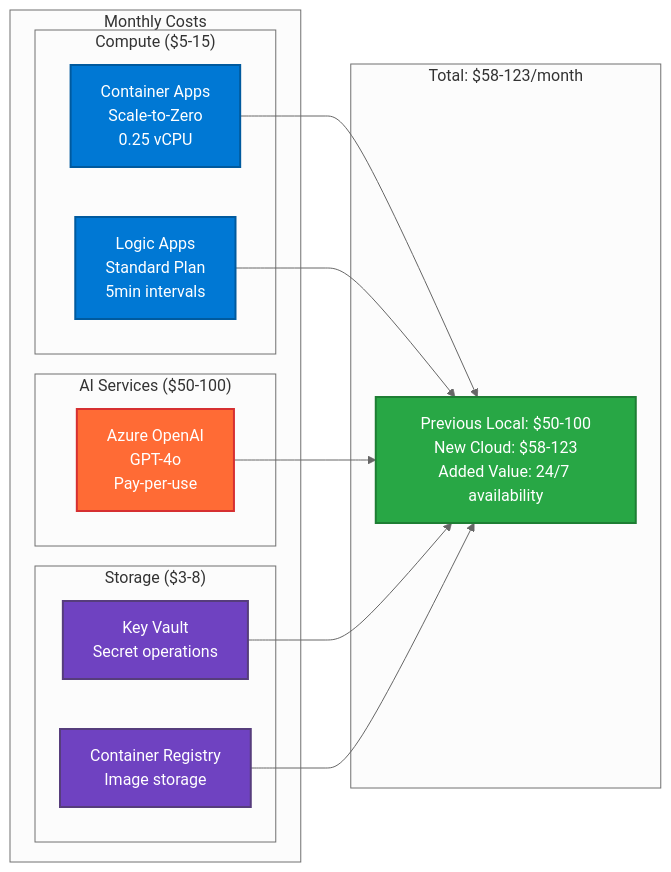
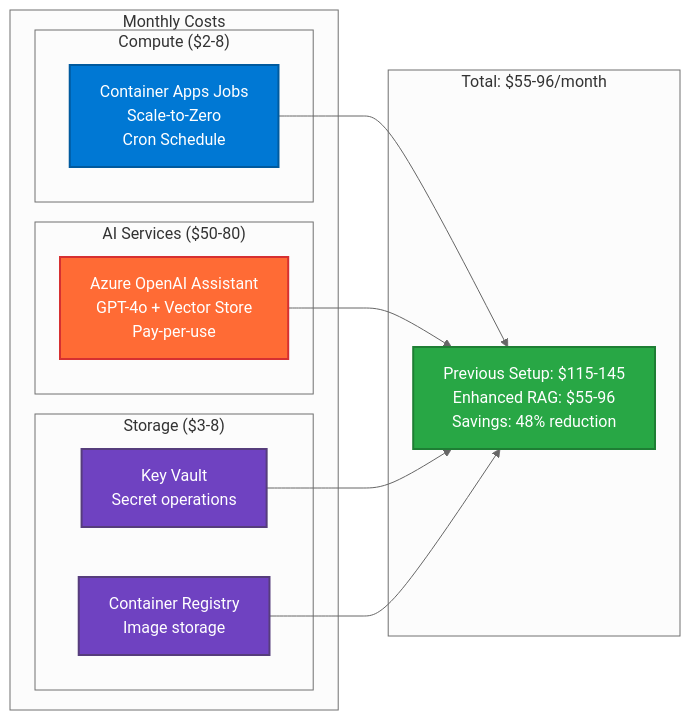
Before and after one commit to ma3u/jasmin-catering-ai-agent: the third of 5 diagrams in README.md, drawn with Mermaid (neutral theme). The commit also changed other lines of this file and 8 other files, not shown here.

First line of the commit message:
feat: Complete enhanced RAG system with Azure OpenAI Assistant

````diff
--- a/README.md
+++ b/README.md
@@ -97,38 +97,36 @@
 ```mermaid
 graph LR
     subgraph "Monthly Costs"
-        subgraph "Compute ($5-15)"
-            CA2[Container Apps<br/>Scale-to-Zero<br/>0.25 vCPU]
-            LA2[Logic Apps<br/>Standard Plan<br/>5min intervals]
+        subgraph "Compute ($2-8)"
+            CJ2[Container Apps Jobs<br/>Scale-to-Zero<br/>Cron Schedule]
         end
         
-        subgraph "AI Services ($50-100)"
-            AOI2[Azure OpenAI<br/>GPT-4o<br/>Pay-per-use]
+        subgraph "AI Services ($50-80)"
+            AOI2[Azure OpenAI Assistant<br/>GPT-4o + Vector Store<br/>Pay-per-use]
         end
         
         subgraph "Storage ($3-8)"
             KV2[Key Vault<br/>Secret operations]
             ACR2[Container Registry<br/>Image storage]
         end
     end
     
-    subgraph "Total: $58-123/month"
-        TOTAL[Previous Local: $50-100<br/>New Cloud: $58-123<br/>Added Value: 24/7 availability]
+    subgraph "Total: $55-96/month"
+        TOTAL[Previous Setup: $115-145<br/>Enhanced RAG: $55-96<br/>Savings: 48% reduction]
     end
     
-    CA2 --> TOTAL
-    LA2 --> TOTAL
+    CJ2 --> TOTAL
     AOI2 --> TOTAL
     KV2 --> TOTAL
     ACR2 --> TOTAL
     
     classDef cost fill:#28a745,stroke:#1e7e34,stroke-width:2px,color:#fff
     classDef compute fill:#0078d4,stroke:#005a9e,stroke-width:2px,color:#fff
     classDef ai fill:#ff6b35,stroke:#d63031,stroke-width:2px,color:#fff
     classDef storage fill:#6f42c1,stroke:#563d7c,stroke-width:2px,color:#fff
     
     class TOTAL cost
-    class CA2,LA2 compute
+    class CJ2 compute
     class AOI2 ai
     class KV2,ACR2 storage
 ```
````
